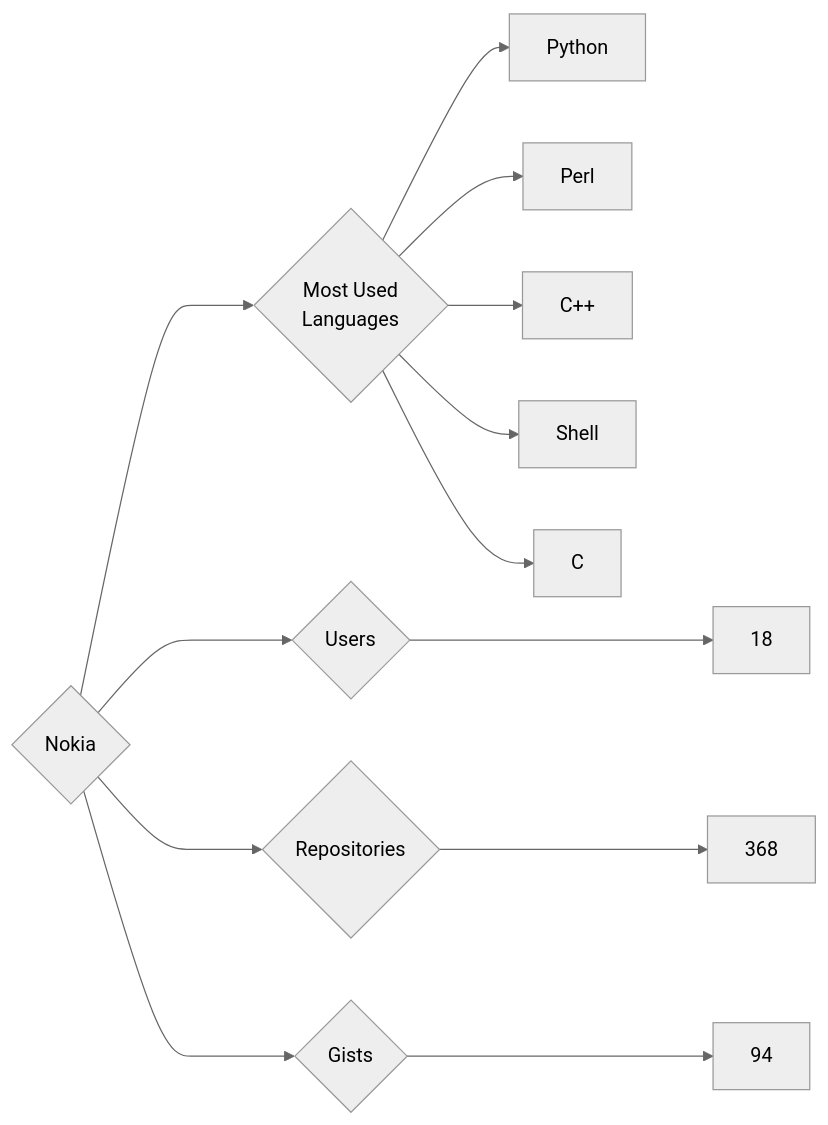
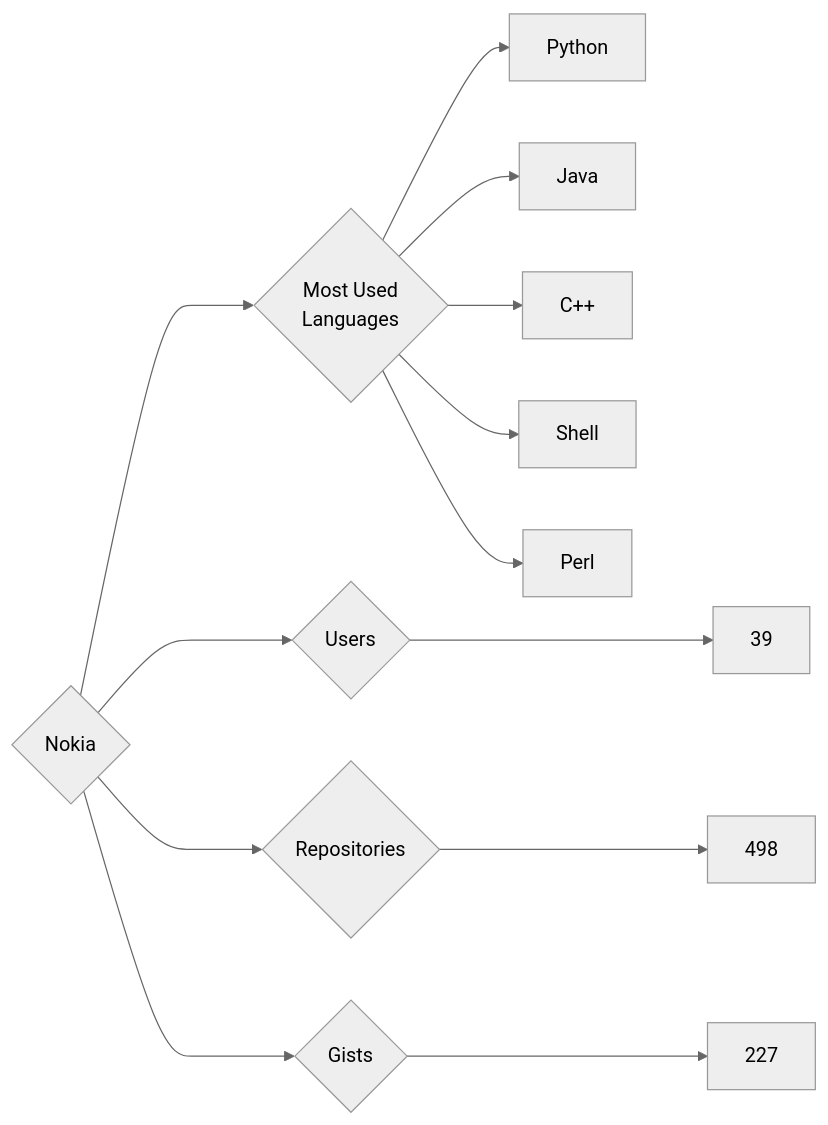
One commit to trickest/insiders changed the diagram in targets/Nokia/README.md. Above: the diagram before and after it, drawn with Mermaid (neutral theme). The commit also changed 953 other files, not shown here.

````diff
--- a/targets/Nokia/README.md
+++ b/targets/Nokia/README.md
@@ -3,13 +3,13 @@
 ```mermaid
 graph LR
 COMPANY_NAME{Nokia}
-COMPANY_NAME ---> U{Users} ---> UN[18]
-COMPANY_NAME ---> R{Repositories} ---> RN[368]
-COMPANY_NAME ---> G{Gists} ---> GN[94]
+COMPANY_NAME ---> U{Users} ---> UN[39]
+COMPANY_NAME ---> R{Repositories} ---> RN[498]
+COMPANY_NAME ---> G{Gists} ---> GN[227]
 COMPANY_NAME ---> ML{Most Used<br>Languages}
 ML --> Python[Python]
-ML --> Perl[Perl]
+ML --> Java[Java]
 ML --> C++[C++]
 ML --> Shell[Shell]
-ML --> C[C]
+ML --> Perl[Perl]
 ```
````
